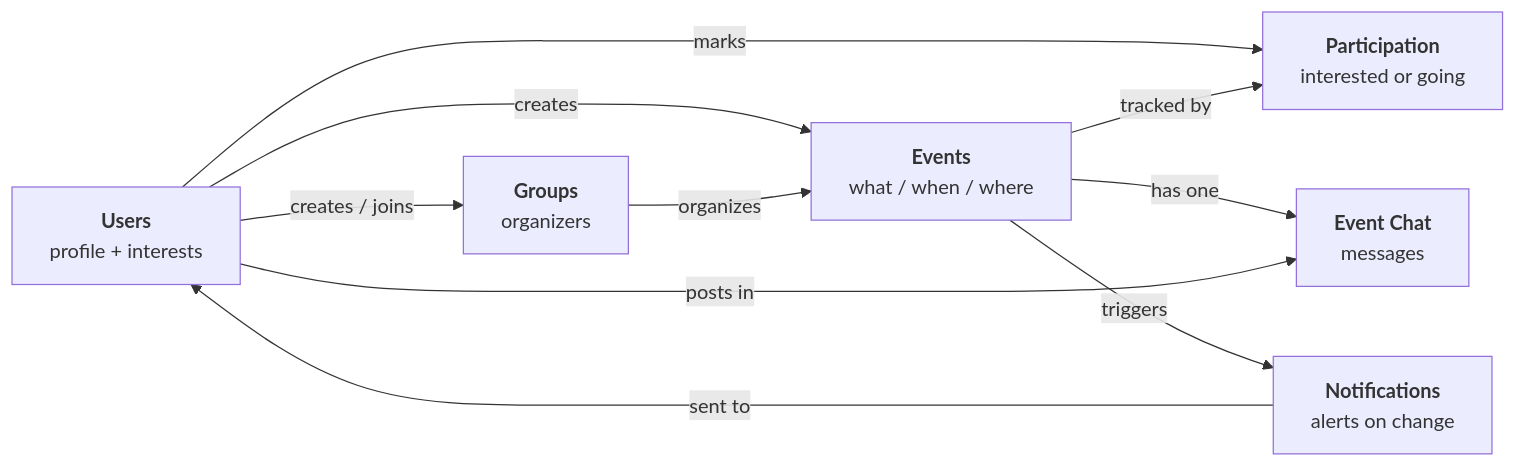
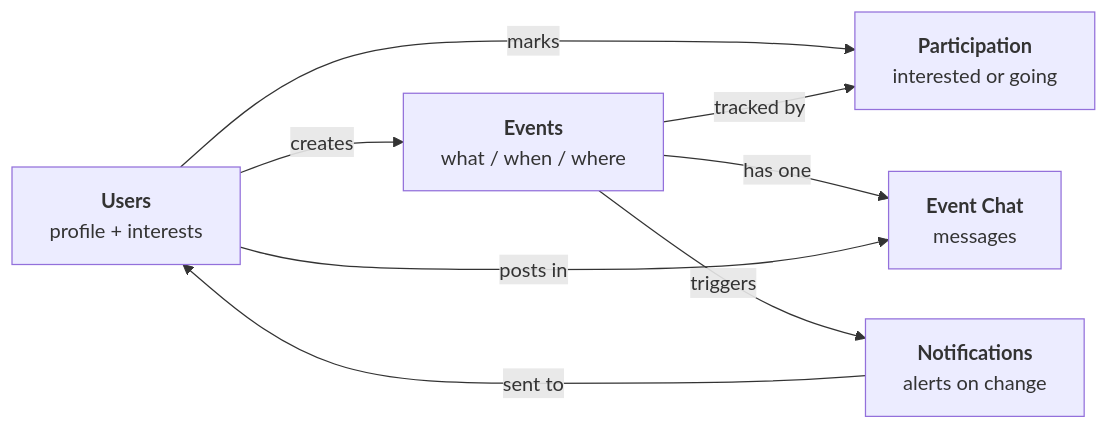
One commit to IreneLime/event-buddy-finder changed the diagram in images/database-overview.mmd. Above: the diagram before and after it, drawn with Mermaid. The commit also changed 32 other files, not shown here.

Commit message:
Implement six-table PostgreSQL schema consolidation

```diff
--- a/images/database-overview.mmd
+++ b/images/database-overview.mmd
@@ -1,18 +1,15 @@
 %%{init: {"flowchart": {"nodeSpacing": 40, "rankSpacing": 80}}}%%
 flowchart LR
     U["<b>Users</b><br/>profile + interests"]
-    G["<b>Groups</b><br/>organizers"]
     E["<b>Events</b><br/>what / when / where"]
     P["<b>Participation</b><br/>interested or going"]
     C["<b>Event Chat</b><br/>messages"]
     N["<b>Notifications</b><br/>alerts on change"]
 
-    U -->|creates / joins| G
     U -->|creates| E
-    G -->|organizes| E
     U -->|marks| P
     E -->|tracked by| P
     E -->|has one| C
     U -->|posts in| C
     E -->|triggers| N
     N -->|sent to| U
```
